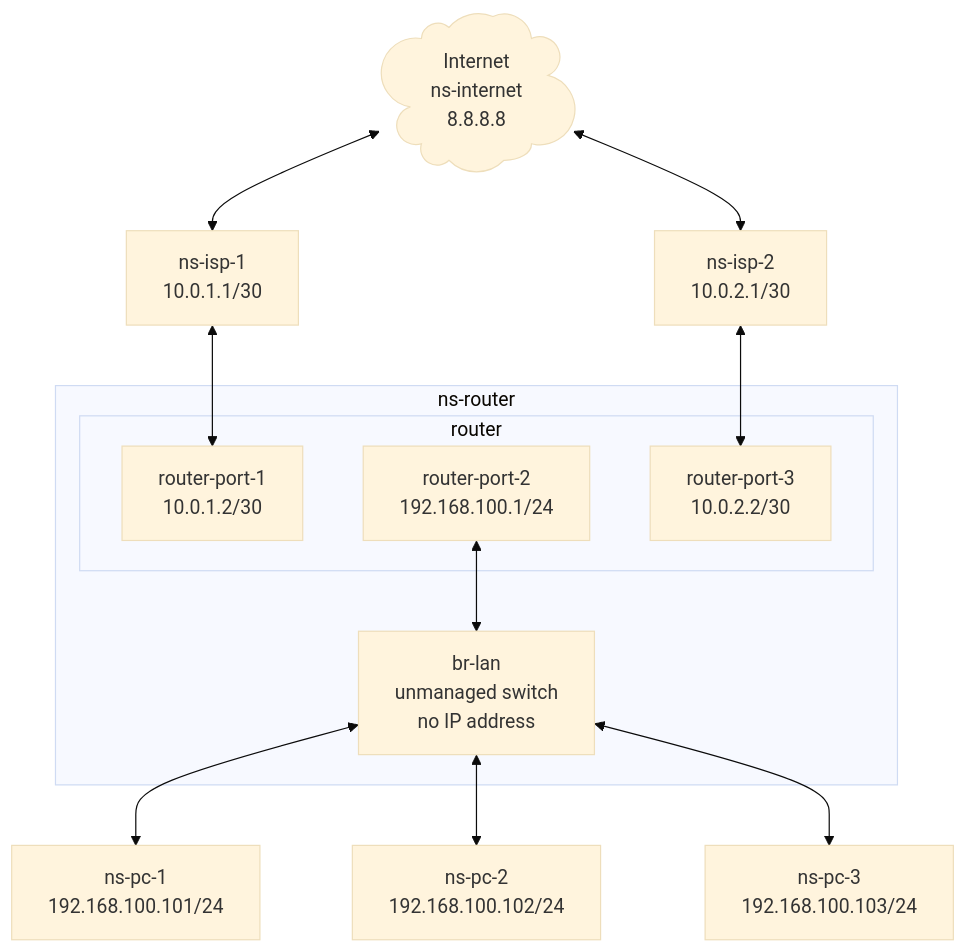
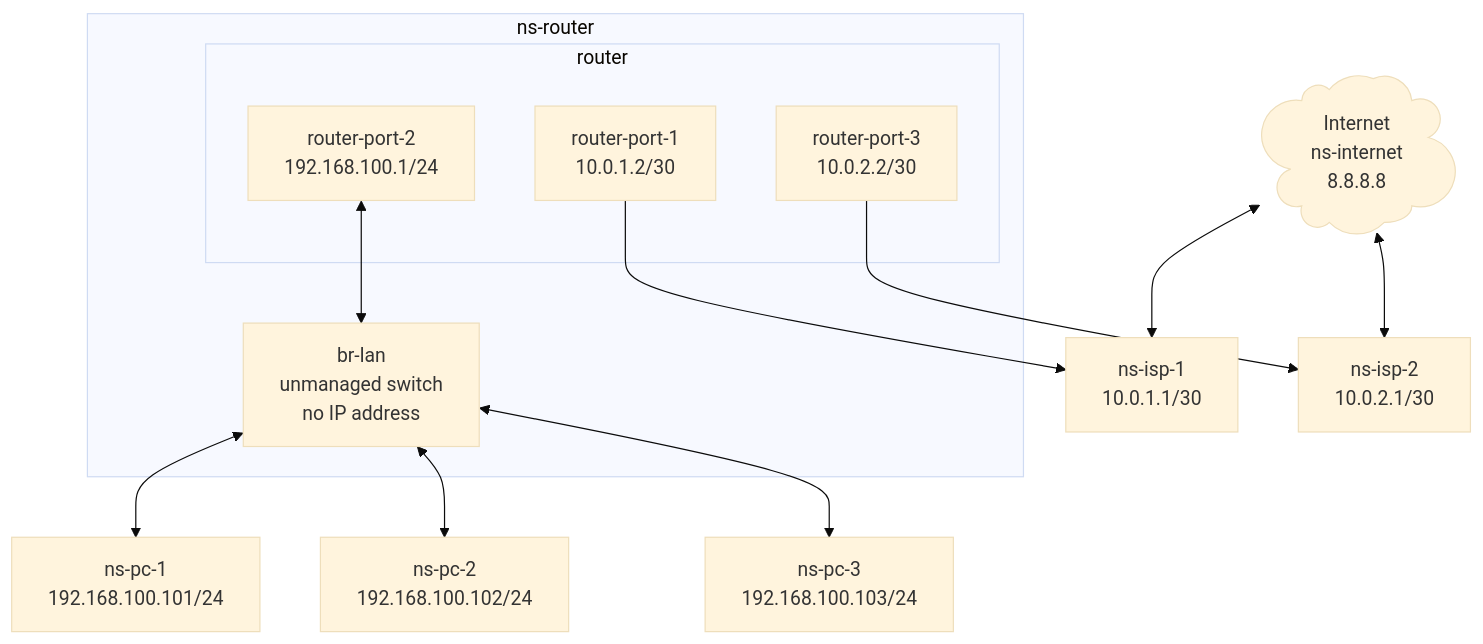
One commit to twdamhore/virtual-switch-lab changed the diagram in docs/01-policy-routing.md. Above: the diagram before and after it, drawn with Mermaid (base theme).

Commit message:
Fix arrow direction for ISP connections in routing doc

````diff
--- a/docs/01-policy-routing.md
+++ b/docs/01-policy-routing.md
@@ -33,27 +33,27 @@
 ```mermaid
 graph TB
     Internet@{ label: "Internet<br>ns-internet<br>8.8.8.8", shape: cloud }
     ISP_1["ns-isp-1<br>10.0.1.1/30"]
     ISP_2["ns-isp-2<br>10.0.2.1/30"]
     subgraph "ns-router"
         subgraph "router"
             ROUTER_PORT_1["router-port-1<br>10.0.1.2/30"]
             ROUTER_PORT_2["router-port-2<br>192.168.100.1/24"]
             ROUTER_PORT_3["router-port-3<br>10.0.2.2/30"]
         end
         SWITCH["br-lan<br>unmanaged switch<br>no IP address"]        
     end
 
     PC_1["ns-pc-1<br>192.168.100.101/24"]
     PC_2["ns-pc-2<br>192.168.100.102/24"]
     PC_3["ns-pc-3<br>192.168.100.103/24"]
     
     Internet <--> ISP_1
     Internet <--> ISP_2
-    ISP_1 <--> ROUTER_PORT_1
-    ISP_2 <--> ROUTER_PORT_3
+    ROUTER_PORT_1 --> ISP_1
+    ROUTER_PORT_3 --> ISP_2
     ROUTER_PORT_2 <--> SWITCH
     SWITCH <--> PC_1
     SWITCH <--> PC_2
     SWITCH <--> PC_3
 ```
````
